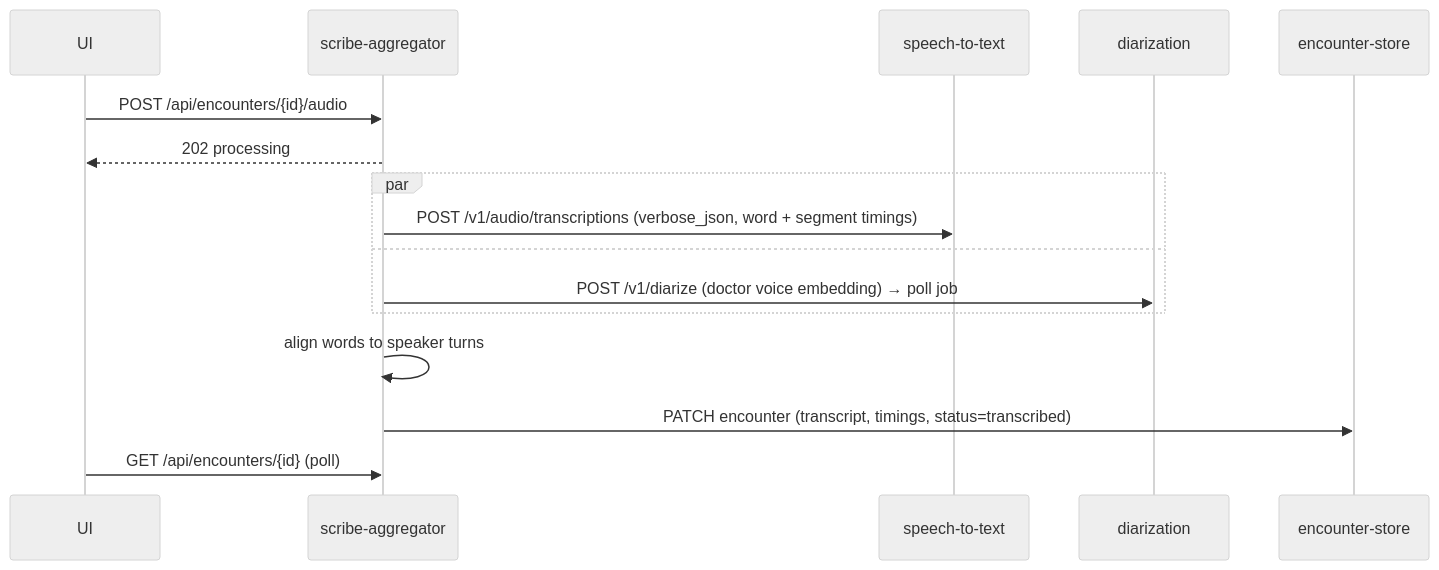
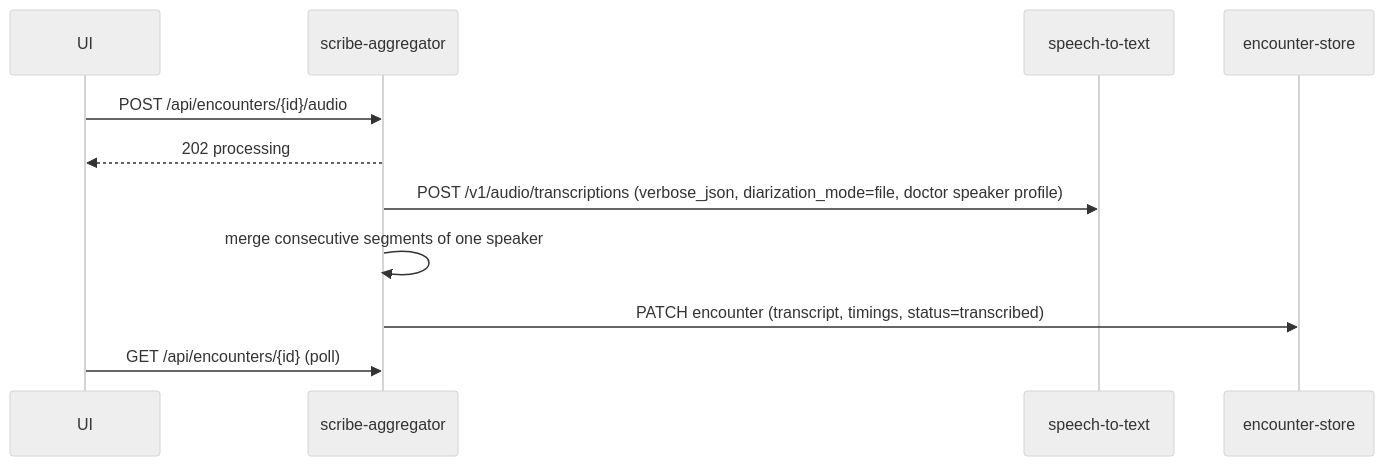
Before and after one commit to sachinkaushik/health-and-life-sciences-ai-suite: the diagram in medical-scribe-ms/docs/user-guide/how-it-works.md, drawn with Mermaid (neutral theme). The commit also changed other lines of this file and 205 other files, not shown here.

Commit message:
removed stt and using audio analyzer diarization

````diff
--- a/medical-scribe-ms/docs/user-guide/how-it-works.md
+++ b/medical-scribe-ms/docs/user-guide/how-it-works.md
@@ -24,18 +23,13 @@
 ```mermaid
 sequenceDiagram
   participant UI
   participant A as scribe-aggregator
   participant S as speech-to-text
-  participant D as diarization
   participant E as encounter-store
   UI->>A: POST /api/encounters/{id}/audio
   A-->>UI: 202 processing
-  par
-    A->>S: POST /v1/audio/transcriptions (verbose_json, word + segment timings)
-  and
-    A->>D: POST /v1/diarize (doctor voice embedding) → poll job
-  end
-  A->>A: align words to speaker turns
+  A->>S: POST /v1/audio/transcriptions (verbose_json, diarization_mode=file, doctor speaker profile)
+  A->>A: merge consecutive segments of one speaker
   A->>E: PATCH encounter (transcript, timings, status=transcribed)
   UI->>A: GET /api/encounters/{id} (poll)
 ```
````
